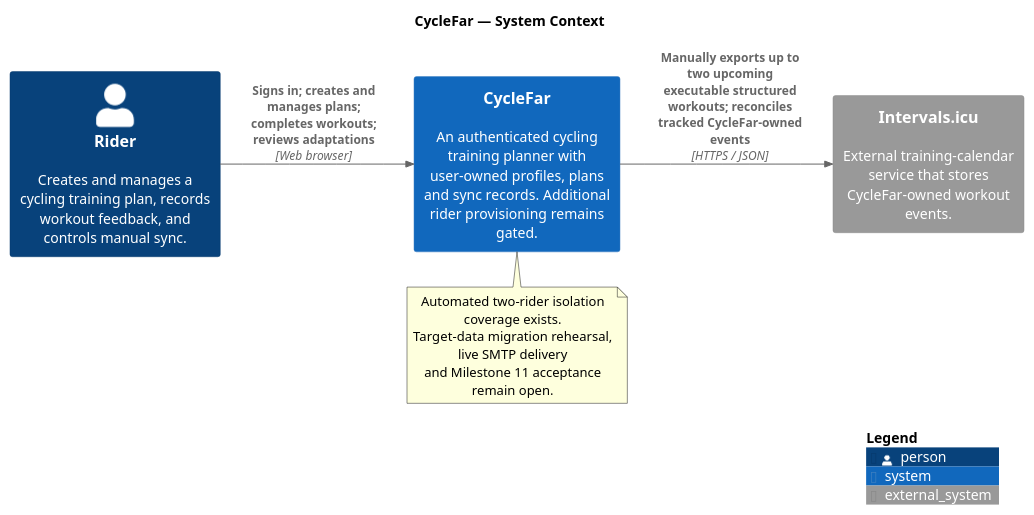
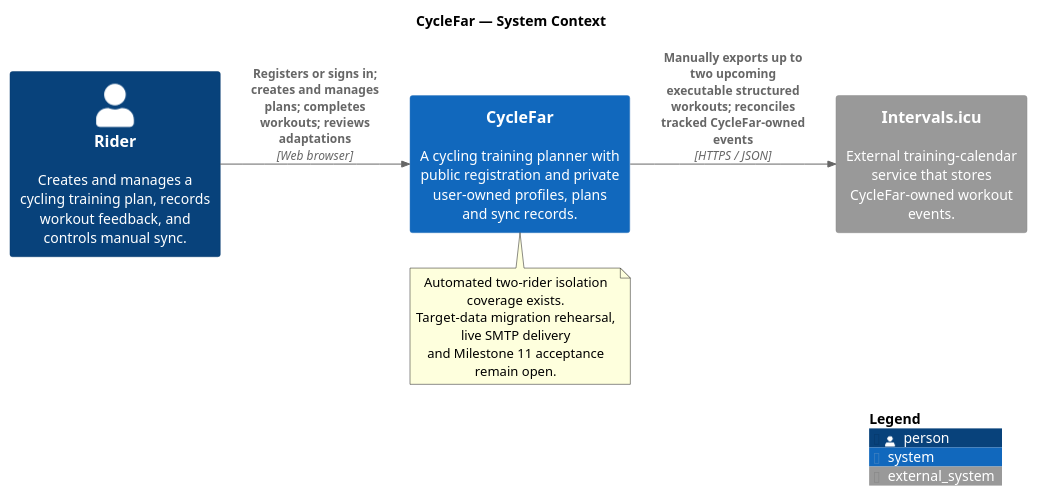
The diagram in docs/diagrams/cyclefar-system-context.puml (richardhartme/cyclefar), drawn with PlantUML before and after one commit. The commit also changed 25 other files, not shown here.

Commit message:
Add public registration and style authentication pages

```diff
--- a/docs/diagrams/cyclefar-system-context.puml
+++ b/docs/diagrams/cyclefar-system-context.puml
@@ -1,25 +1,25 @@
 @startuml CycleFar System Context
 ' Ownership and account access checked on 2026-09-28; scope and limitations: README.md
 !include https://raw.githubusercontent.com/plantuml-stdlib/C4-PlantUML/master/C4_Context.puml
 
 title CycleFar — System Context
 
 LAYOUT_LEFT_RIGHT()
 
 Person(rider, "Rider", "Creates and manages a cycling training plan, records workout feedback, and controls manual sync.")
 
-System(cyclefar, "CycleFar", "An authenticated cycling training planner with user-owned profiles, plans and sync records. Additional rider provisioning remains gated.")
+System(cyclefar, "CycleFar", "A cycling training planner with public registration and private user-owned profiles, plans and sync records.")
 
 System_Ext(intervals_icu, "Intervals.icu", "External training-calendar service that stores CycleFar-owned workout events.")
 
-Rel(rider, cyclefar, "Signs in; creates and manages plans; completes workouts; reviews adaptations", "Web browser")
+Rel(rider, cyclefar, "Registers or signs in; creates and manages plans; completes workouts; reviews adaptations", "Web browser")
 Rel(cyclefar, intervals_icu, "Manually exports up to two upcoming executable structured workouts; reconciles tracked CycleFar-owned events", "HTTPS / JSON")
 
 note bottom of cyclefar
   Automated two-rider isolation coverage exists.
   Target-data migration rehearsal, live SMTP delivery
   and Milestone 11 acceptance remain open.
 end note
 
 SHOW_LEGEND()
 @enduml
```
